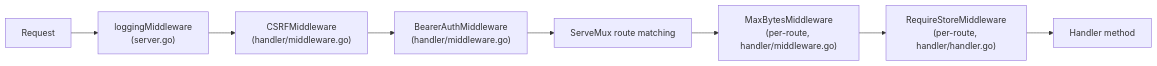
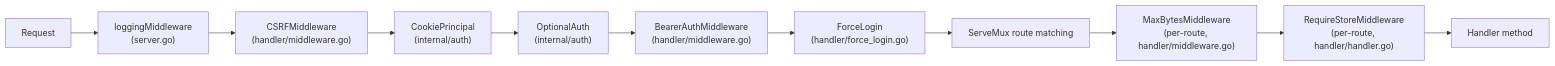
The first of 3 diagrams in docs/internals/api-and-transport.md (changkun/wallfacer), drawn with Mermaid before and after one commit. The commit also changed other lines of this file and 4 other files, not shown here.

````diff
--- a/docs/internals/api-and-transport.md
+++ b/docs/internals/api-and-transport.md
@@ -155,10 +165,13 @@
 ```mermaid
 flowchart LR
     Request --> Logging["loggingMiddleware<br/>(server.go)"]
     Logging --> CSRF["CSRFMiddleware<br/>(handler/middleware.go)"]
-    CSRF --> Auth["BearerAuthMiddleware<br/>(handler/middleware.go)"]
-    Auth --> Mux["ServeMux route matching"]
+    CSRF --> Cookie["CookiePrincipal<br/>(internal/auth)"]
+    Cookie --> Optional["OptionalAuth<br/>(internal/auth)"]
+    Optional --> Bearer["BearerAuthMiddleware<br/>(handler/middleware.go)"]
+    Bearer --> Force["ForceLogin<br/>(handler/force_login.go)"]
+    Force --> Mux["ServeMux route matching"]
     Mux --> BodyLimit["MaxBytesMiddleware<br/>(per-route, handler/middleware.go)"]
     BodyLimit --> StoreGuard["RequireStoreMiddleware<br/>(per-route, handler/handler.go)"]
     StoreGuard --> Handler["Handler method"]
 ```
````
